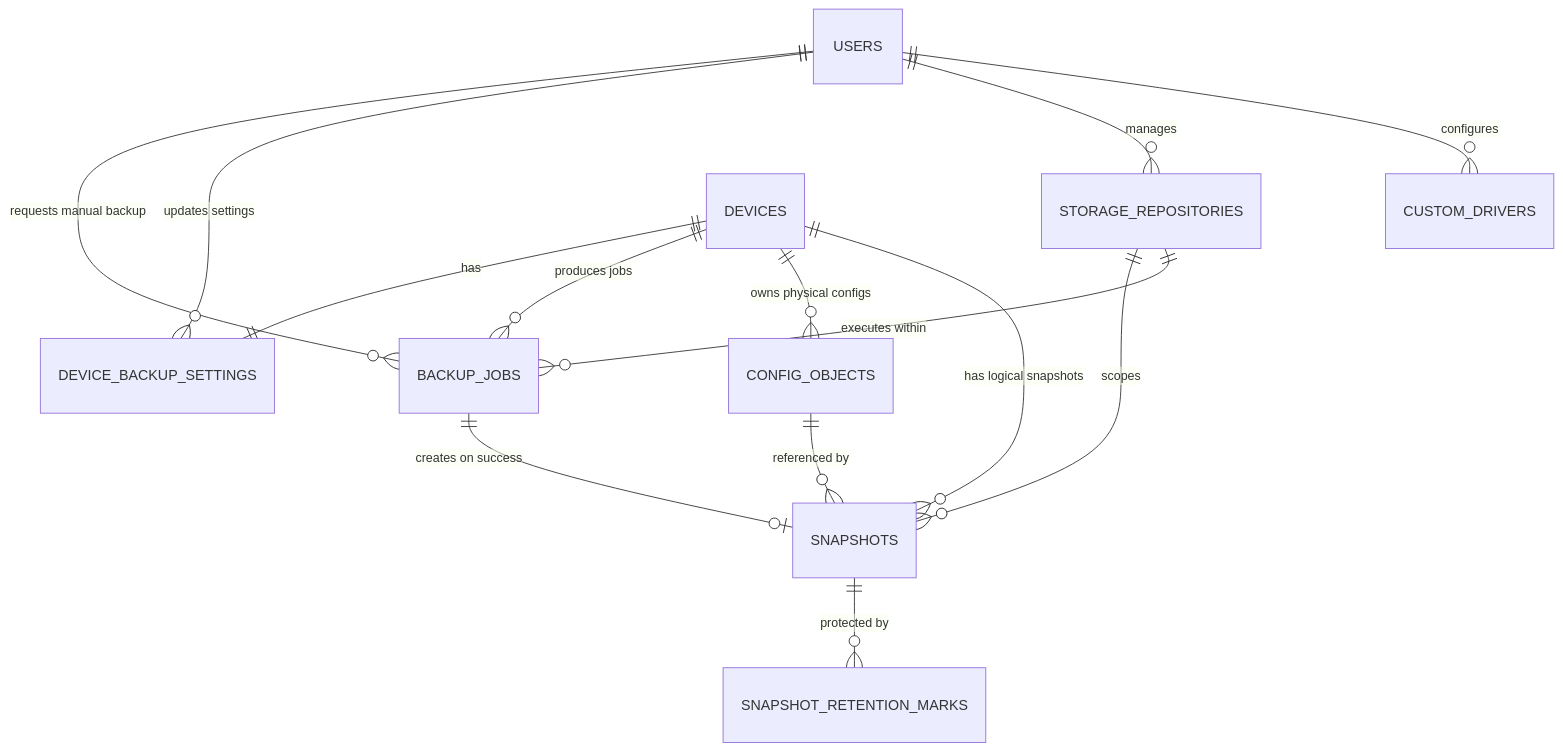
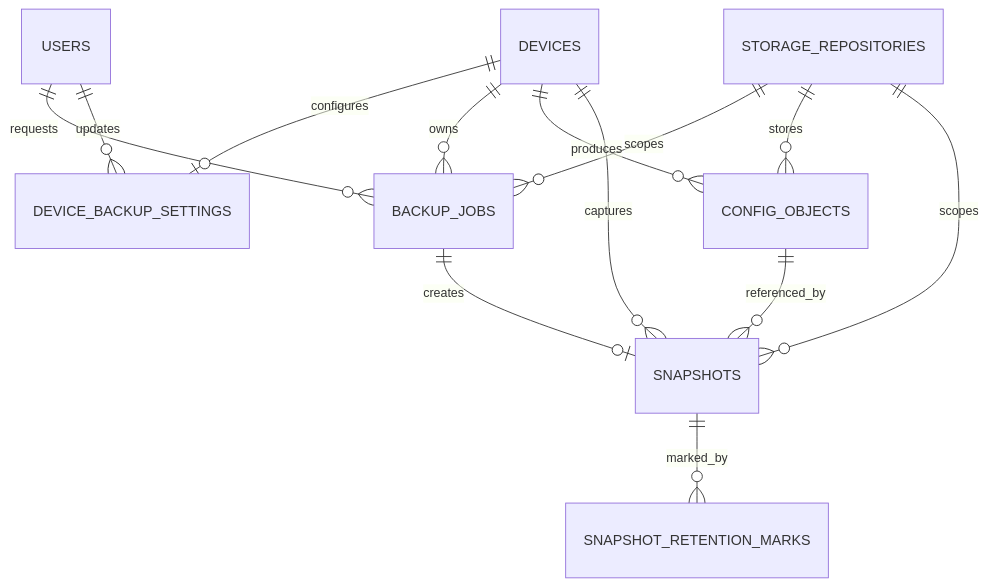
One commit to NugrohoAdySusanto/network-backup changed the diagram in docs/03-design/database-schema.md. Above: the diagram before and after it, drawn with Mermaid. The commit also changed other lines of this file and 9 other files, not shown here.

Commit message:
docs(design): align architecture database API and crypto

````diff
--- a/docs/03-design/database-schema.md
+++ b/docs/03-design/database-schema.md
@@ -62,19 +22,15 @@
 ```mermaid
 erDiagram
-    USERS ||--o{ BACKUP_JOBS : "requests manual backup"
-    USERS ||--o{ DEVICE_BACKUP_SETTINGS : "updates settings"
-    USERS ||--o{ STORAGE_REPOSITORIES : "manages"
-    USERS ||--o{ CUSTOM_DRIVERS : "configures"
-
-    DEVICES ||--|| DEVICE_BACKUP_SETTINGS : "has"
-    DEVICES ||--o{ BACKUP_JOBS : "produces jobs"
-    DEVICES ||--o{ CONFIG_OBJECTS : "owns physical configs"
-    DEVICES ||--o{ SNAPSHOTS : "has logical snapshots"
-
-    STORAGE_REPOSITORIES ||--o{ SNAPSHOTS : "scopes"
-    STORAGE_REPOSITORIES ||--o{ BACKUP_JOBS : "executes within"
-
-    BACKUP_JOBS ||--o| SNAPSHOTS : "creates on success"
-    CONFIG_OBJECTS ||--o{ SNAPSHOTS : "referenced by"
-    SNAPSHOTS ||--o{ SNAPSHOT_RETENTION_MARKS : "protected by"
+    USERS ||--o{ BACKUP_JOBS : requests
+    USERS ||--o{ DEVICE_BACKUP_SETTINGS : updates
+    DEVICES ||--o| DEVICE_BACKUP_SETTINGS : configures
+    DEVICES ||--o{ BACKUP_JOBS : owns
+    DEVICES ||--o{ CONFIG_OBJECTS : produces
+    DEVICES ||--o{ SNAPSHOTS : captures
+    STORAGE_REPOSITORIES ||--o{ BACKUP_JOBS : scopes
+    STORAGE_REPOSITORIES ||--o{ CONFIG_OBJECTS : stores
+    STORAGE_REPOSITORIES ||--o{ SNAPSHOTS : scopes
+    BACKUP_JOBS ||--o| SNAPSHOTS : creates
+    CONFIG_OBJECTS ||--o{ SNAPSHOTS : referenced_by
+    SNAPSHOTS ||--o{ SNAPSHOT_RETENTION_MARKS : marked_by
 ```
````
